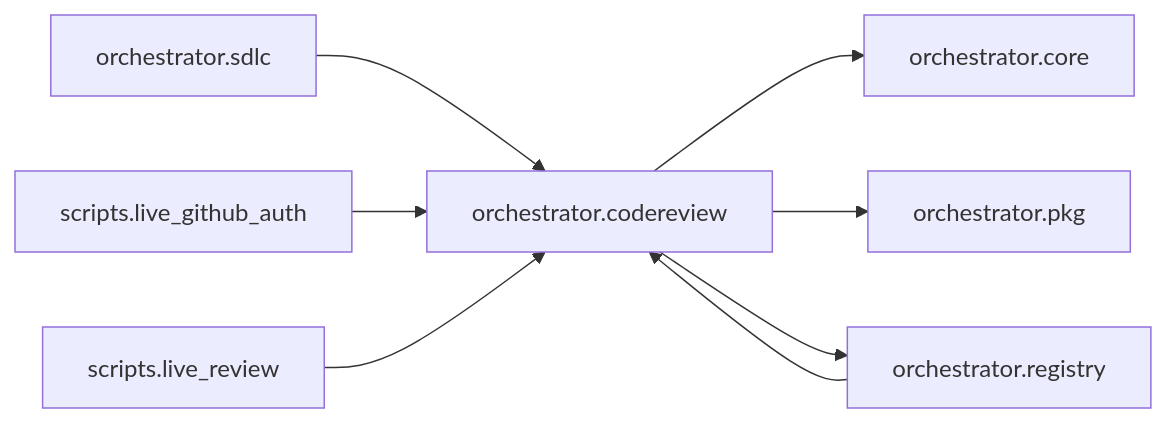
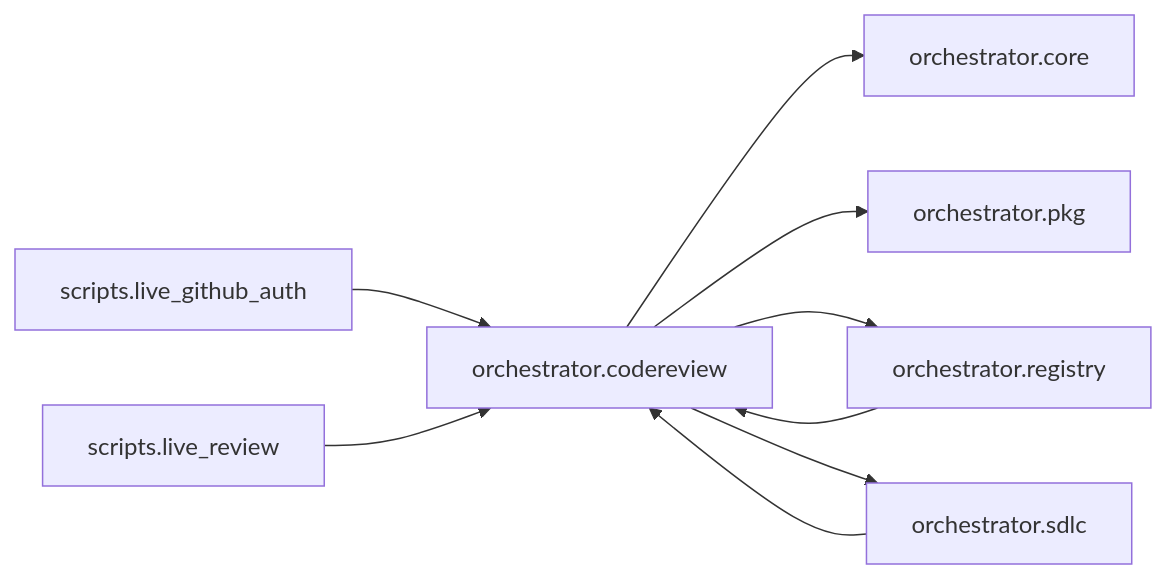
The diagram in episteme/areas/orchestrator.codereview.md (synaptixs/spine), drawn with Mermaid before and after one commit. The commit also changed other lines of this file and 12 other files, not shown here.

````diff
--- a/episteme/areas/orchestrator.codereview.md
+++ b/episteme/areas/orchestrator.codereview.md
@@ -8,17 +8,18 @@
 ```mermaid
 flowchart LR
   n0["orchestrator.codereview"]
   n1["orchestrator.registry"]
   n2["orchestrator.sdlc"]
   n3["scripts.live_github_auth"]
   n4["scripts.live_review"]
   n5["orchestrator.core"]
   n6["orchestrator.pkg"]
   n1 --> n0
   n2 --> n0
   n3 --> n0
   n4 --> n0
   n0 --> n5
   n0 --> n6
   n0 --> n1
+  n0 --> n2
 ```
````
